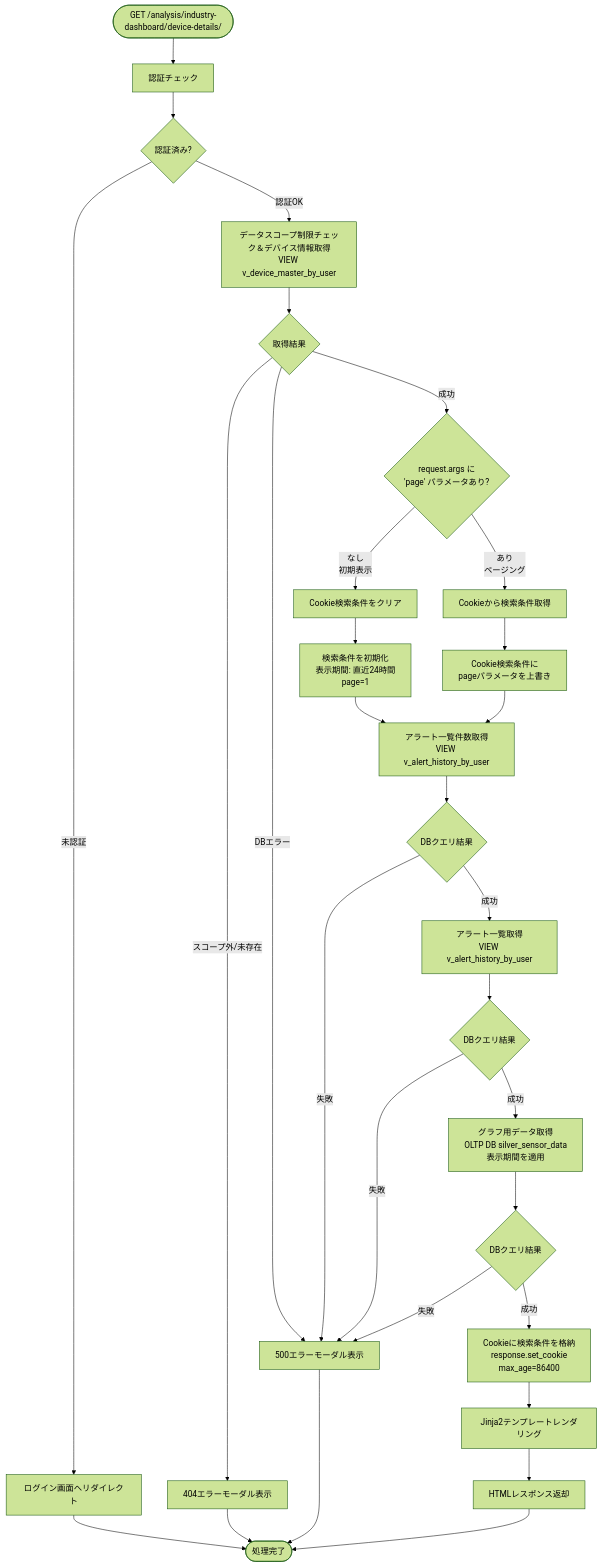
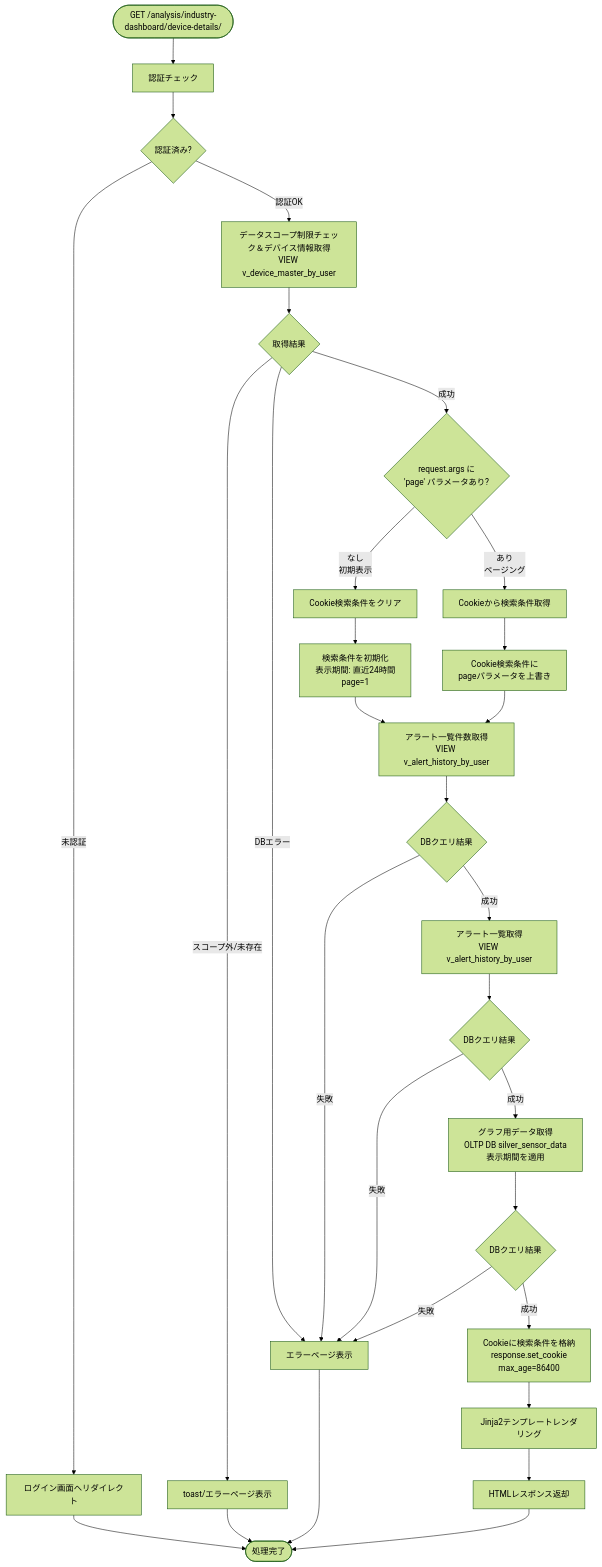
One commit to NSW-SVCP-AIWG002/Databricks-IoT changed the fourth of 5 diagrams in docs/03-features/flask-app/industry-dashboard/workflow-specification.md. Above: the diagram before and after it, drawn with Mermaid (forest theme). The commit also changed other lines of this file and 7 other files, not shown here.

````diff
--- a/docs/03-features/flask-app/industry-dashboard/workflow-specification.md
+++ b/docs/03-features/flask-app/industry-dashboard/workflow-specification.md
@@ -831,41 +840,41 @@
 ```mermaid
 flowchart TD
     Start([GET /analysis/industry-dashboard/device-details/<device_uuid>]) --> Auth[認証チェック]
     Auth --> CheckAuth{認証済み?}
     CheckAuth -->|未認証| LoginRedirect[ログイン画面へリダイレクト]
 
     CheckAuth -->|認証OK| DeviceQuery[データスコープ制限チェック＆デバイス情報取得<br>VIEW v_device_master_by_user]
     DeviceQuery --> CheckDeviceQuery{取得結果}
-    CheckDeviceQuery -->|スコープ外/未存在| Error404[404エラーモーダル表示]
-    CheckDeviceQuery -->|DBエラー| Error500[500エラーモーダル表示]
+    CheckDeviceQuery -->|スコープ外/未存在| Error404[toast/エラーページ表示]
+    CheckDeviceQuery -->|DBエラー| Error500[エラーページ表示]
 
     CheckDeviceQuery -->|成功| CheckPage{request.args に<br>'page' パラメータあり?}
 
     CheckPage -->|なし<br>初期表示| ClearCookie[Cookie検索条件をクリア]
     CheckPage -->|あり<br>ページング| GetCookie[Cookieから検索条件取得]
 
     ClearCookie --> InitParams[検索条件を初期化<br>表示期間: 直近24時間<br>page=1]
     GetCookie --> OverridePage[Cookie検索条件に<br>pageパラメータを上書き]
 
     InitParams --> AlertCount[アラート一覧件数取得<br>VIEW v_alert_history_by_user]
     OverridePage --> AlertCount
     AlertCount --> CheckAlertCount{DBクエリ結果}
     CheckAlertCount -->|失敗| Error500
 
     CheckAlertCount -->|成功| AlertQuery[アラート一覧取得<br>VIEW v_alert_history_by_user]
     AlertQuery --> CheckAlertQuery{DBクエリ結果}
     CheckAlertQuery -->|失敗| Error500
 
     CheckAlertQuery -->|成功| GraphQuery[グラフ用データ取得<br>OLTP DB silver_sensor_data<br>表示期間を適用]
     GraphQuery --> CheckGraphQuery{DBクエリ結果}
     CheckGraphQuery -->|失敗| Error500
 
     CheckGraphQuery -->|成功| SaveCookie[Cookieに検索条件を格納<br>response.set_cookie<br>max_age=86400]
     SaveCookie --> Template[Jinja2テンプレートレンダリング]
     Template --> Response[HTMLレスポンス返却]
 
     LoginRedirect --> End([処理完了])
     Response --> End
     Error404 --> End
     Error500 --> End
 ```
````
